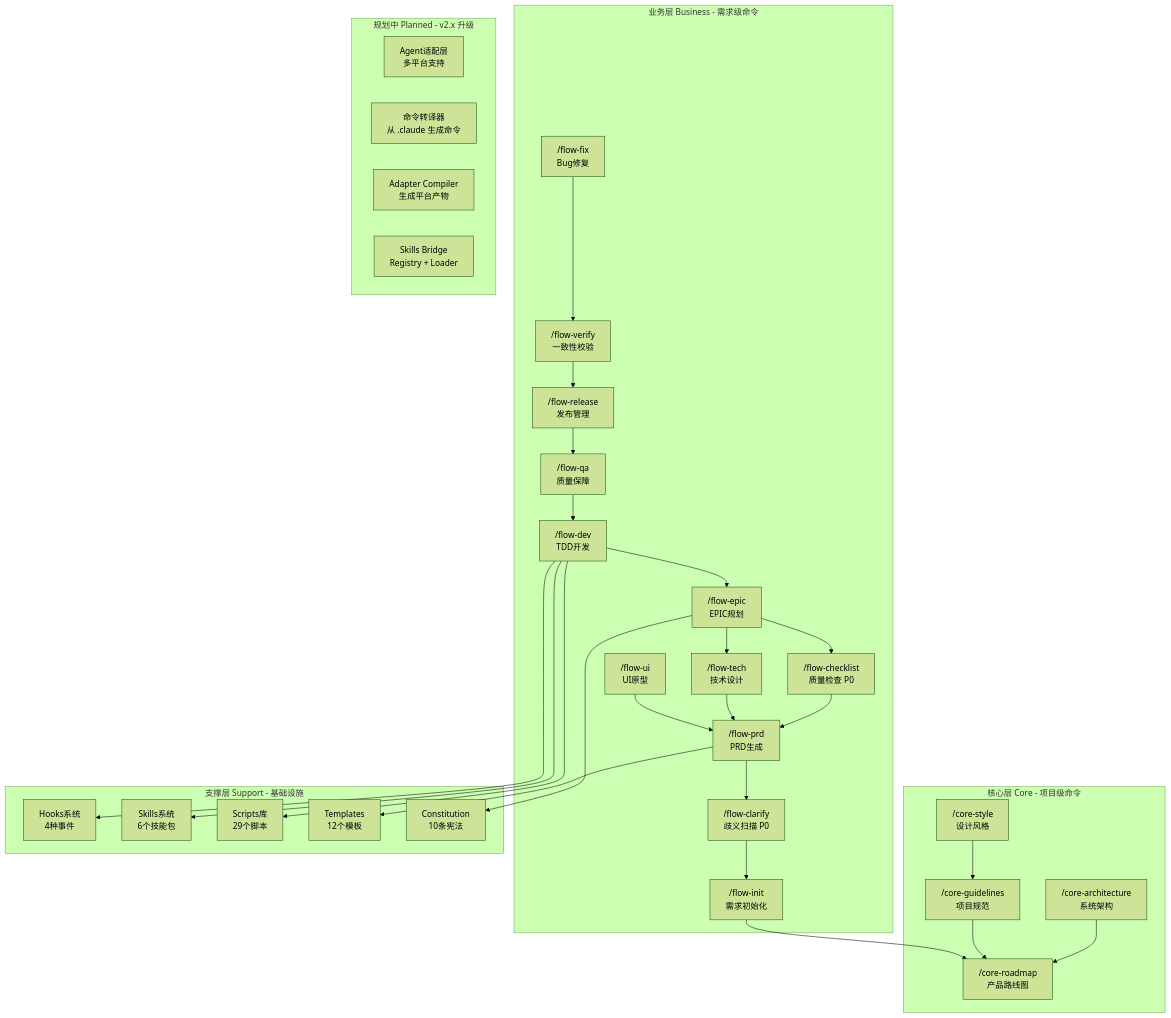
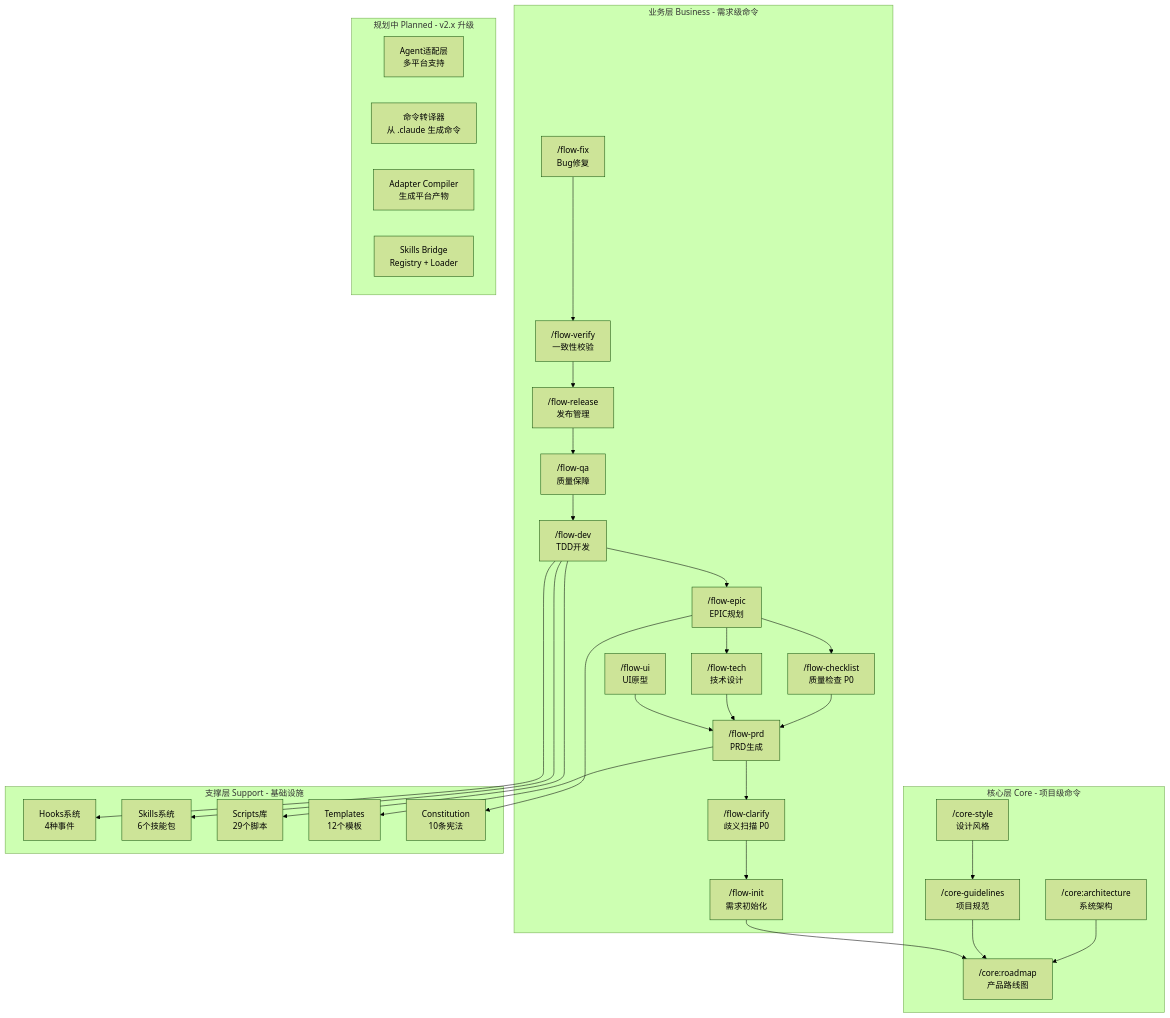
One commit to Dimon94/cc-devflow changed the first of 4 diagrams in devflow/ARCHITECTURE.md. Above: the diagram before and after it, drawn with Mermaid (forest theme). The commit also changed other lines of this file and 1 other file, not shown here.

Commit message:
docs(devflow): update devflow documentation

````diff
--- a/devflow/ARCHITECTURE.md
+++ b/devflow/ARCHITECTURE.md
@@ -89,66 +89,66 @@
 ```mermaid
 graph TB
     subgraph "核心层 Core - 项目级命令"
-        CoreRoadmap["/core-roadmap<br/>产品路线图"]
-        CoreArch["/core-architecture<br/>系统架构"]
+        CoreRoadmap["/core:roadmap<br/>产品路线图"]
+        CoreArch["/core:architecture<br/>系统架构"]
         CoreGuidelines["/core-guidelines<br/>项目规范"]
         CoreStyle["/core-style<br/>设计风格"]
     end
 
     subgraph "业务层 Business - 需求级命令"
         FlowInit["/flow-init<br/>需求初始化"]
         FlowClarify["/flow-clarify<br/>歧义扫描 P0"]
         FlowPRD["/flow-prd<br/>PRD生成"]
         FlowChecklist["/flow-checklist<br/>质量检查 P0"]
         FlowTech["/flow-tech<br/>技术设计"]
         FlowUI["/flow-ui<br/>UI原型"]
         FlowEpic["/flow-epic<br/>EPIC规划"]
         FlowDev["/flow-dev<br/>TDD开发"]
         FlowQA["/flow-qa<br/>质量保障"]
         FlowRelease["/flow-release<br/>发布管理"]
         FlowVerify["/flow-verify<br/>一致性校验"]
         FlowFix["/flow-fix<br/>Bug修复"]
     end
 
     subgraph "支撑层 Support - 基础设施"
         Hooks[Hooks系统<br/>4种事件]
         Skills[Skills系统<br/>6个技能包]
         Scripts[Scripts库<br/>29个脚本]
         Templates[Templates<br/>12个模板]
         Constitution[Constitution<br/>10条宪法]
     end
 
     subgraph "规划中 Planned - v2.x 升级"
         AgentAdapter[Agent适配层<br/>多平台支持]
         CommandEmitter[命令转译器<br/>从 .claude 生成命令]
         AdapterCompiler[Adapter Compiler<br/>生成平台产物]
         SkillsBridge[Skills Bridge<br/>Registry + Loader]
     end
 
     %% 核心层依赖
     CoreArch --> CoreRoadmap
     CoreGuidelines --> CoreRoadmap
     CoreStyle --> CoreGuidelines
 
     %% 业务层流程
     FlowInit --> CoreRoadmap
     FlowClarify --> FlowInit
     FlowPRD --> FlowClarify
     FlowChecklist --> FlowPRD
     FlowTech --> FlowPRD
     FlowUI --> FlowPRD
     FlowEpic --> FlowChecklist
     FlowEpic --> FlowTech
     FlowDev --> FlowEpic
     FlowQA --> FlowDev
     FlowRelease --> FlowQA
     FlowVerify --> FlowRelease
     FlowFix --> FlowVerify
 
     %% 支撑层关系
     FlowDev --> Hooks
     FlowDev --> Skills
     FlowDev --> Scripts
     FlowPRD --> Templates
     FlowEpic --> Constitution
 ```
````
